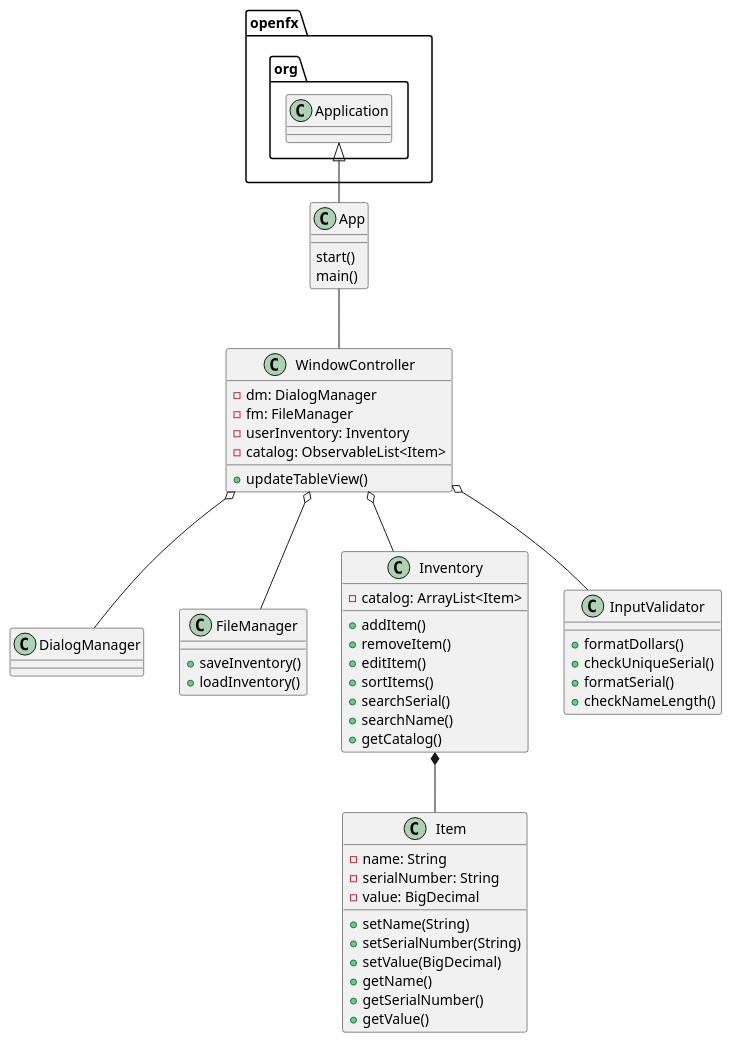
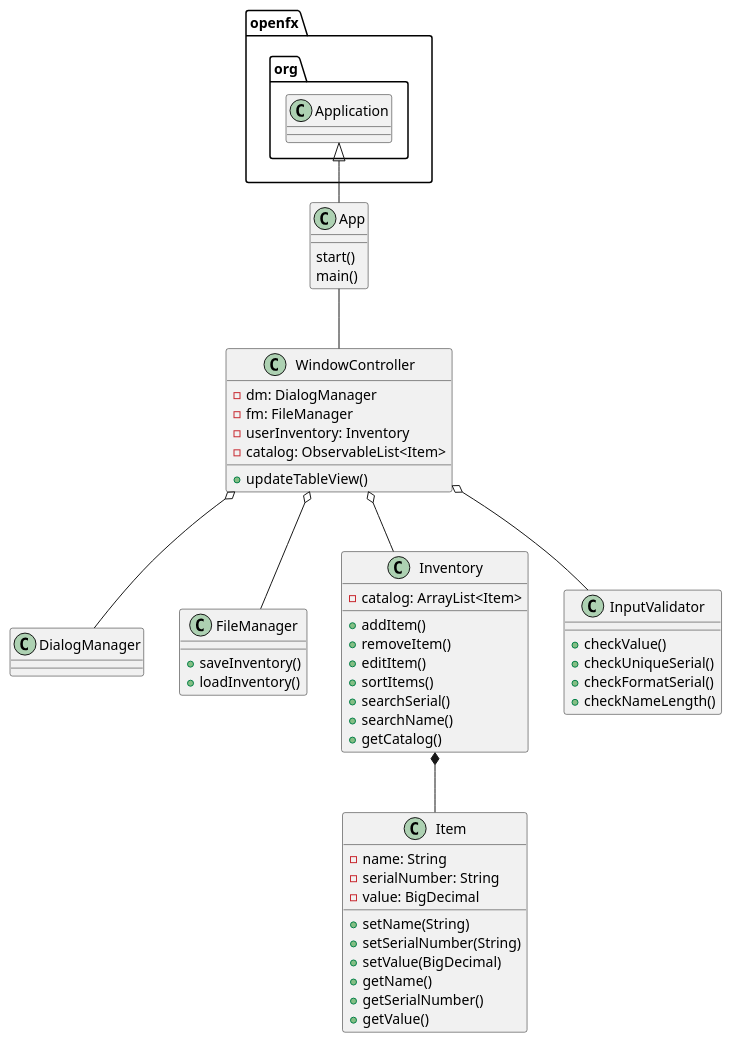
The diagram in uml/Inventory.puml (kingraham228/Ingraham-7945-a5), drawn with PlantUML before and after one commit. The commit also changed 4 other files, not shown here.

```diff
--- a/uml/Inventory.puml
+++ b/uml/Inventory.puml
@@ -1,63 +1,63 @@
 @startuml
 class App{
 start()
 main()
 }
 
 class WindowController{
 - dm: DialogManager
 - fm: FileManager
 - userInventory: Inventory
 - catalog: ObservableList<Item>
 
 +updateTableView()
 }
 
 class DialogManager{
 }
 
 class FileManager{
 +saveInventory()
 +loadInventory()
 }
 
 class Inventory{
 - catalog: ArrayList<Item>
 
 +addItem()
 +removeItem()
 +editItem()
 +sortItems()
 +searchSerial()
 +searchName()
 +getCatalog()
 }
 
 class Item{
 -name: String
 -serialNumber: String
 -value: BigDecimal
 
 +setName(String)
 +setSerialNumber(String)
 +setValue(BigDecimal)
 +getName()
 +getSerialNumber()
 +getValue()
 }
 
 class InputValidator{
-+ formatDollars()
++ checkValue()
 + checkUniqueSerial()
-+ formatSerial()
++ checkFormatSerial()
 + checkNameLength()
 }
 
 openfx.org.Application <|-- App
 App -- WindowController
 WindowController o-- DialogManager
 WindowController o-- FileManager
 WindowController o-- Inventory
 Inventory *-- Item
 WindowController o-- InputValidator
 @enduml
```
